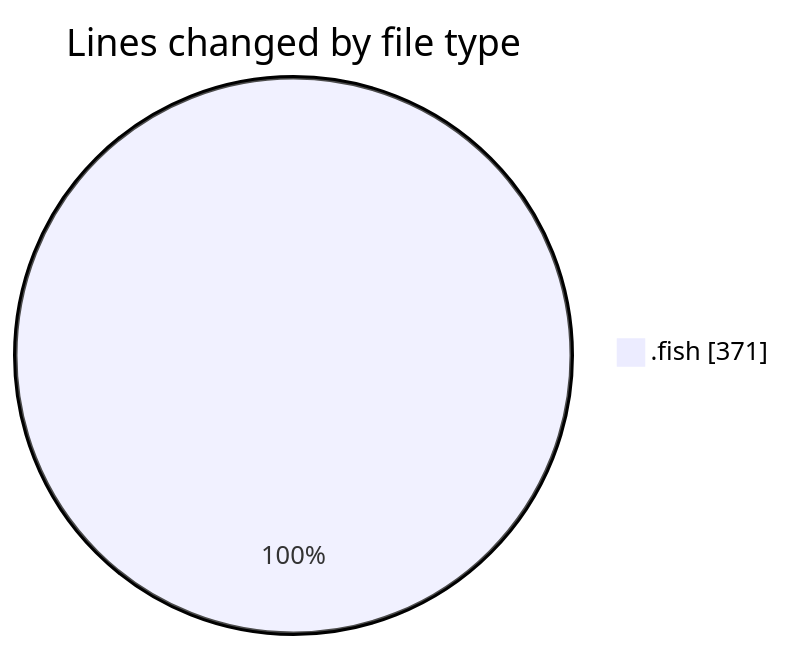
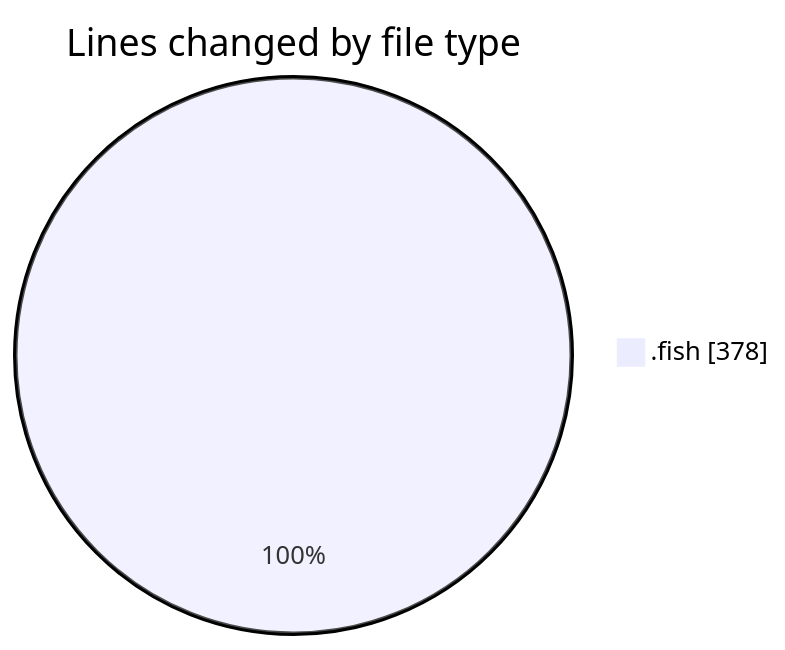
Before and after one commit to EIIisD/code-tracking: the first of 2 diagrams in 2025-07-22/fish/README.md, drawn with Mermaid. The commit also changed other lines of this file and 1 other file, not shown here.

````diff
--- a/2025-07-22/fish/README.md
+++ b/2025-07-22/fish/README.md
@@ -22,5 +22,5 @@
 ```mermaid
 pie showData
 title Lines changed by file type
-".fish" : 371
+".fish" : 378
 ```
````
